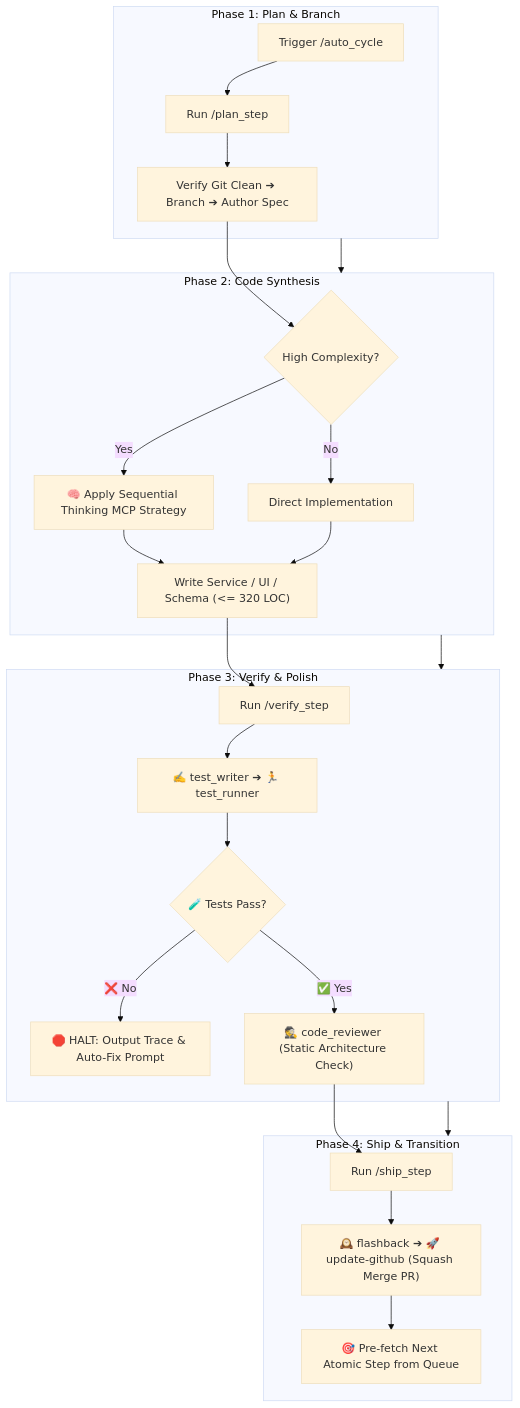
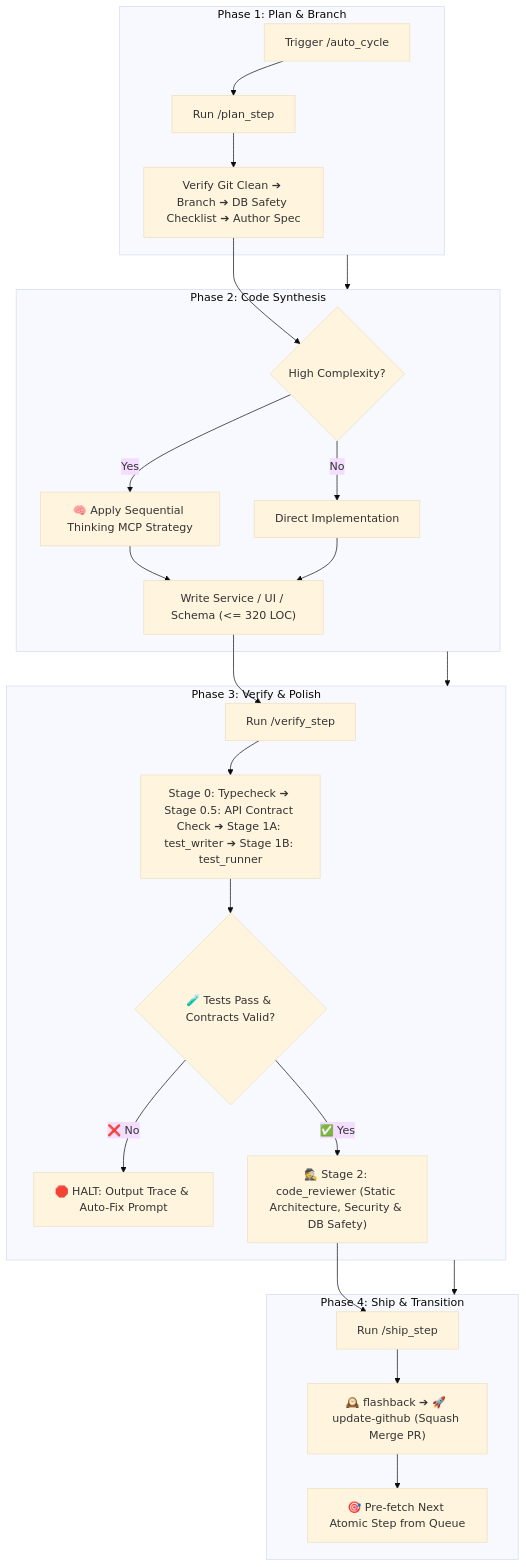
Before and after one commit to agrawalshivam279/safe-yatra: the diagram in .agents/skills/auto_cycle/SKILL.md, drawn with Mermaid (base theme). The commit also changed other lines of this file and 33 other files, not shown here.

Commit message:
feat(qa): resolve audit with test_writer skill and hardened verification pipeline

````diff
--- a/.agents/skills/auto_cycle/SKILL.md
+++ b/.agents/skills/auto_cycle/SKILL.md
@@ -18,31 +18,31 @@
 ```mermaid
 flowchart TD
     subgraph Phase1["Phase 1: Plan & Branch"]
         A["Trigger /auto_cycle"] --> B["Run /plan_step"]
-        B --> C["Verify Git Clean ➔ Branch ➔ Author Spec"]
+        B --> C["Verify Git Clean ➔ Branch ➔ DB Safety Checklist ➔ Author Spec"]
     end
 
     subgraph Phase2["Phase 2: Code Synthesis"]
         C --> D{"High Complexity?"}
         D -- "Yes" --> E["🧠 Apply Sequential Thinking MCP Strategy"]
         D -- "No" --> F["Direct Implementation"]
         E --> G["Write Service / UI / Schema (<= 320 LOC)"]
         F --> G
     end
 
     subgraph Phase3["Phase 3: Verify & Polish"]
         G --> H["Run /verify_step"]
-        H --> I["✍️ test_writer ➔ 🏃 test_runner"]
-        I --> J{"🧪 Tests Pass?"}
+        H --> I["Stage 0: Typecheck ➔ Stage 0.5: API Contract Check ➔ Stage 1A: test_writer ➔ Stage 1B: test_runner"]
+        I --> J{"🧪 Tests Pass & Contracts Valid?"}
         J -- "❌ No" --> K["🛑 HALT: Output Trace & Auto-Fix Prompt"]
-        J -- "✅ Yes" --> L["🕵️ code_reviewer (Static Architecture Check)"]
+        J -- "✅ Yes" --> L["🕵️ Stage 2: code_reviewer (Static Architecture, Security & DB Safety)"]
     end
 
     subgraph Phase4["Phase 4: Ship & Transition"]
         L --> M["Run /ship_step"]
         M --> N["🕰️ flashback ➔ 🚀 update-github (Squash Merge PR)"]
         N --> O["🎯 Pre-fetch Next Atomic Step from Queue"]
     end
 
     Phase1 --> Phase2 --> Phase3 --> Phase4
 ```
````
